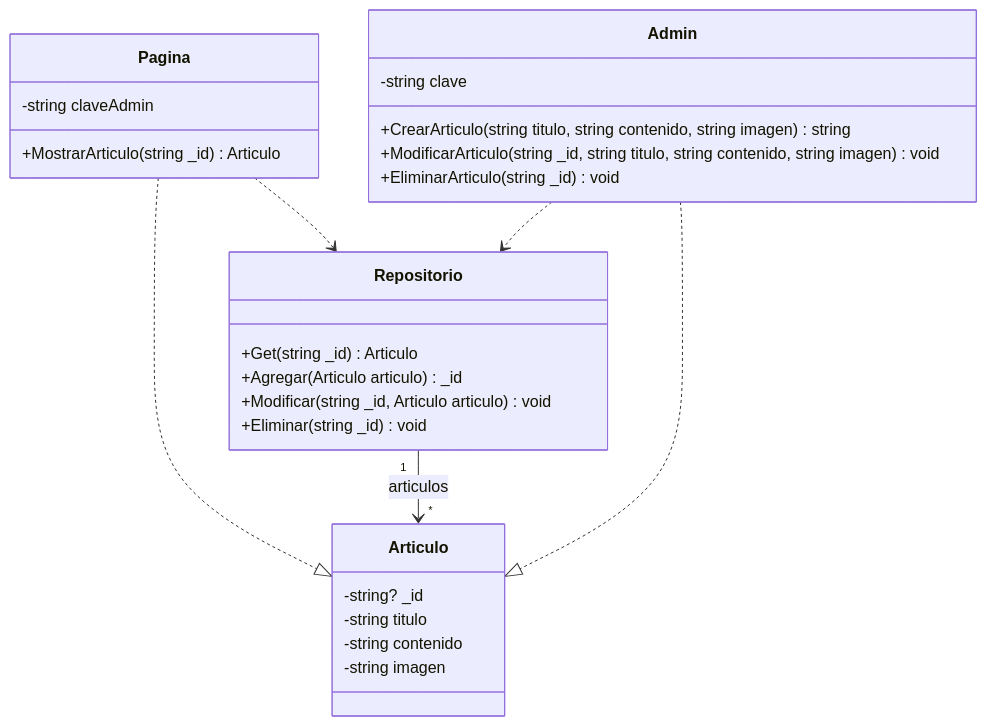
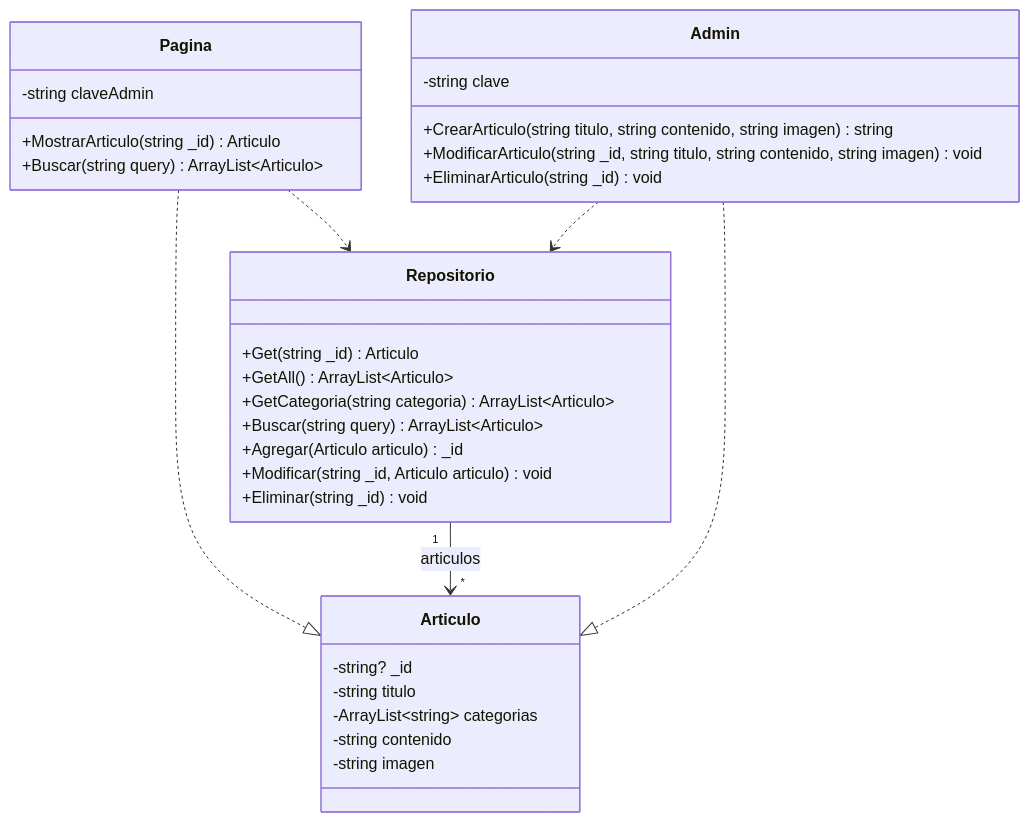
One commit to EzeKoren/wiki-pnt1 changed the diagram in diagramaClases.md. Above: the diagram before and after it, drawn with Mermaid.

Commit message:
Agregar funcionalidad

````diff
--- a/diagramaClases.md
+++ b/diagramaClases.md
@@ -3,35 +3,41 @@
 ```mermaid
 classDiagram
     class Pagina {
         -string claveAdmin
         +MostrarArticulo(string _id) Articulo
+        +Buscar(string query) ArrayList~Articulo~
     }
 
     class Articulo {
         -string? _id
         -string titulo
+        -ArrayList~string~ categorias
         -string contenido
         -string imagen
     }
 
     class Admin {
         -string clave
         +CrearArticulo(string titulo, string contenido, string imagen) string
         +ModificarArticulo(string _id, string titulo, string contenido, string imagen) void
         +EliminarArticulo(string _id) void 
     }
 
     class Repositorio {
         +Get(string _id) Articulo
+        +GetAll() ArrayList~Articulo~
+        +GetCategoria(string categoria) ArrayList~Articulo~
+        +Buscar(string query) ArrayList~Articulo~
         +Agregar(Articulo articulo) _id
         +Modificar(string _id, Articulo articulo) void
         +Eliminar(string _id) void
+
     }
 
     Pagina ..> Repositorio
     Pagina ..|> Articulo
     Repositorio "1"-->"*" Articulo : articulos
     Admin ..> Repositorio
     Admin ..|> Articulo
 
 ```
````
